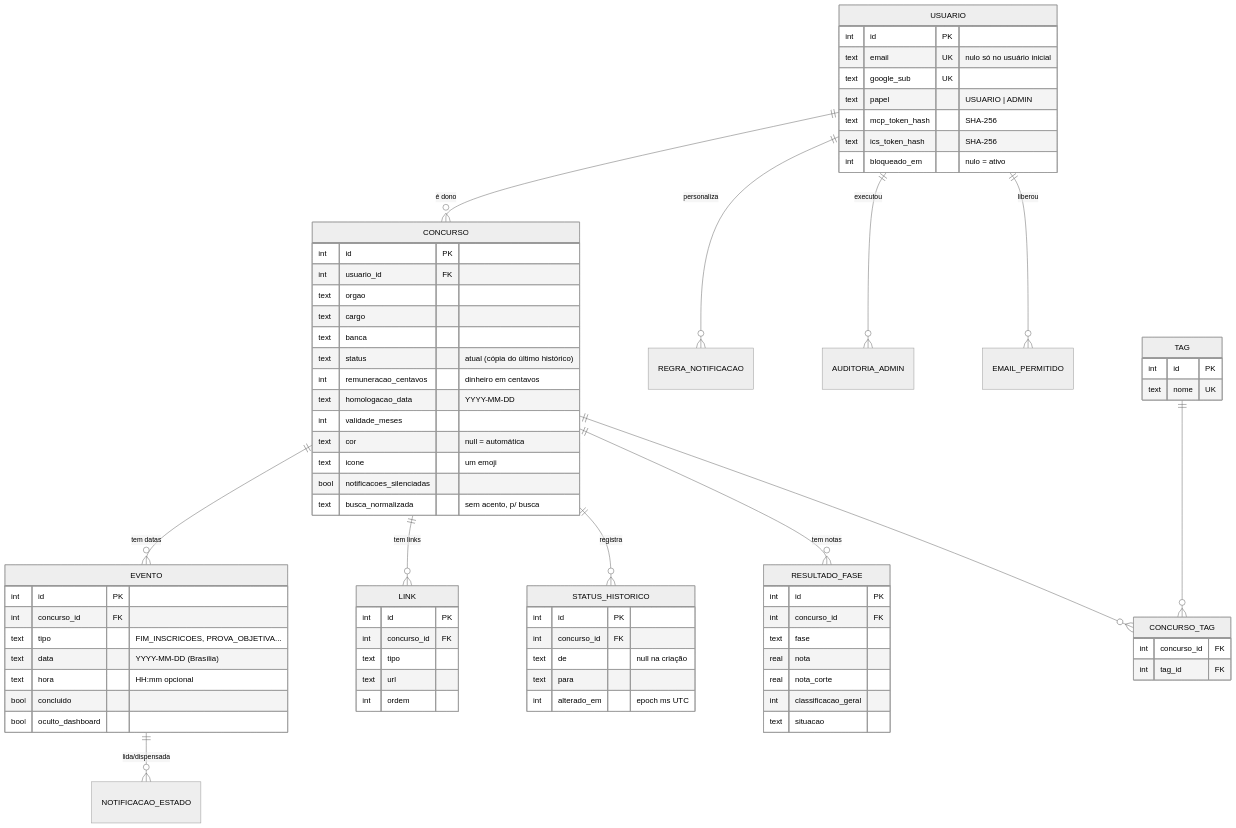
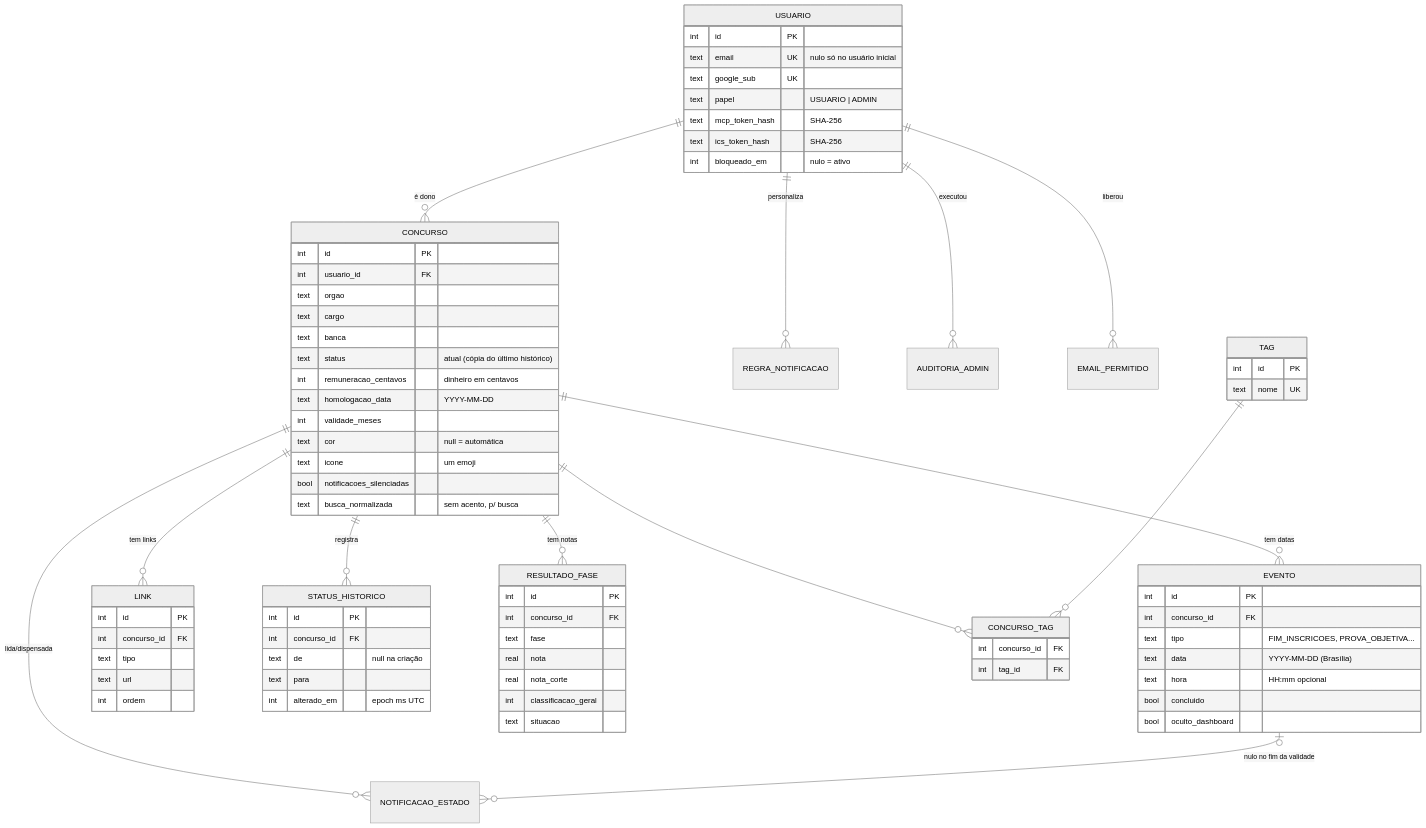
Diagram 12 of 24 in docs/GUIA-ARQUITETURA.md (rkenjiak/concurso), drawn with Mermaid (neutral theme) before and after one commit. The commit also changed other lines of this file and 4 other files, not shown here.

````diff
--- a/docs/GUIA-ARQUITETURA.md
+++ b/docs/GUIA-ARQUITETURA.md
@@ -392,79 +400,80 @@
 ```mermaid
 erDiagram
   USUARIO ||--o{ CONCURSO : "é dono"
   USUARIO ||--o{ REGRA_NOTIFICACAO : "personaliza"
   USUARIO ||--o{ AUDITORIA_ADMIN : "executou"
   USUARIO ||--o{ EMAIL_PERMITIDO : "liberou"
   CONCURSO ||--o{ EVENTO : "tem datas"
   CONCURSO ||--o{ LINK : "tem links"
   CONCURSO ||--o{ STATUS_HISTORICO : "registra"
   CONCURSO ||--o{ RESULTADO_FASE : "tem notas"
   CONCURSO ||--o{ CONCURSO_TAG : ""
   TAG ||--o{ CONCURSO_TAG : ""
-  EVENTO ||--o{ NOTIFICACAO_ESTADO : "lida/dispensada"
+  CONCURSO ||--o{ NOTIFICACAO_ESTADO : "lida/dispensada"
+  EVENTO |o--o{ NOTIFICACAO_ESTADO : "nulo no fim da validade"
 
   USUARIO {
     int id PK
     text email UK "nulo só no usuário inicial"
     text google_sub UK
     text papel "USUARIO | ADMIN"
     text mcp_token_hash "SHA-256"
     text ics_token_hash "SHA-256"
     int bloqueado_em "nulo = ativo"
   }
   CONCURSO {
     int id PK
     int usuario_id FK
     text orgao
     text cargo
     text banca
     text status "atual (cópia do último histórico)"
     int remuneracao_centavos "dinheiro em centavos"
     text homologacao_data "YYYY-MM-DD"
     int validade_meses
     text cor "null = automática"
     text icone "um emoji"
     bool notificacoes_silenciadas
     text busca_normalizada "sem acento, p/ busca"
   }
   EVENTO {
     int id PK
     int concurso_id FK
     text tipo "FIM_INSCRICOES, PROVA_OBJETIVA..."
     text data "YYYY-MM-DD (Brasília)"
     text hora "HH:mm opcional"
     bool concluido
     bool oculto_dashboard
   }
   STATUS_HISTORICO {
     int id PK
     int concurso_id FK
     text de "null na criação"
     text para
     int alterado_em "epoch ms UTC"
   }
   RESULTADO_FASE {
     int id PK
     int concurso_id FK
     text fase
     real nota
     real nota_corte
     int classificacao_geral
     text situacao
   }
   LINK {
     int id PK
     int concurso_id FK
     text tipo
     text url
     int ordem
   }
   TAG {
     int id PK
     text nome UK
   }
   CONCURSO_TAG {
     int concurso_id FK
     int tag_id FK
   }
 ```
````
